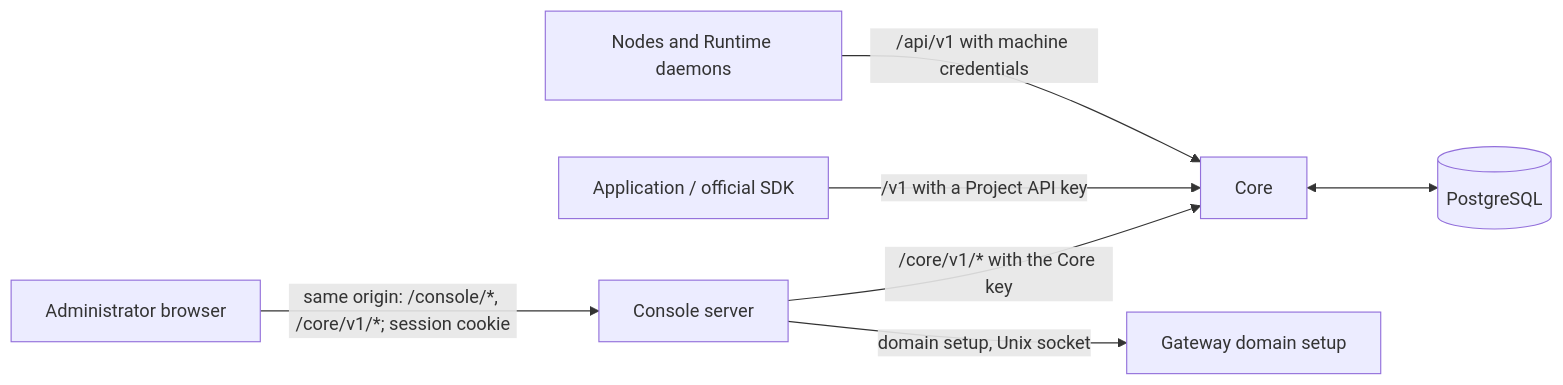
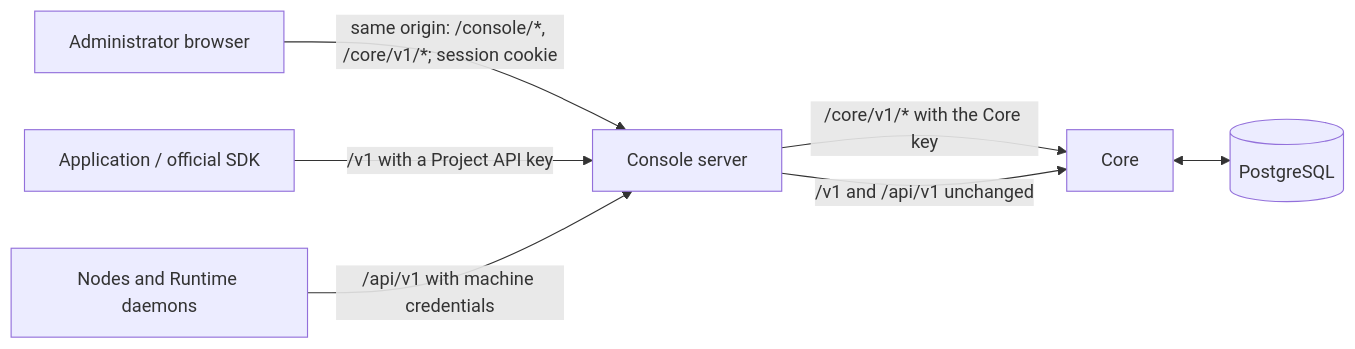
The diagram in docs/web/console-server.md (AllureCurtain/OpenAgentCore), drawn with Mermaid before and after one commit. The commit also changed other lines of this file and 21 other files, not shown here.

````diff
--- a/docs/web/console-server.md
+++ b/docs/web/console-server.md
@@ -11,17 +11,16 @@
 ```mermaid
 flowchart LR
   browser["Administrator browser"]
   console["Console server"]
   core["Core"]
   database[("PostgreSQL")]
   application["Application / official SDK"]
   machine["Nodes and Runtime daemons"]
-  installer["Gateway domain setup"]
 
   browser -->|"same origin: /console/*, /core/v1/*; session cookie"| console
   console -->|"/core/v1/* with the Core key"| core
-  console -->|"domain setup, Unix socket"| installer
-  application -->|"/v1 with a Project API key"| core
-  machine -->|"/api/v1 with machine credentials"| core
+  application -->|"/v1 with a Project API key"| console
+  machine -->|"/api/v1 with machine credentials"| console
+  console -->|"/v1 and /api/v1 unchanged"| core
   core <--> database
 ```
````
